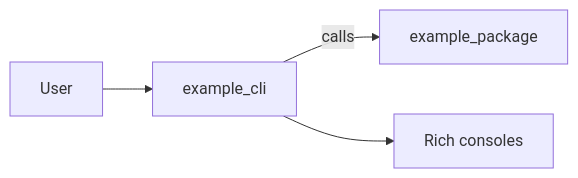
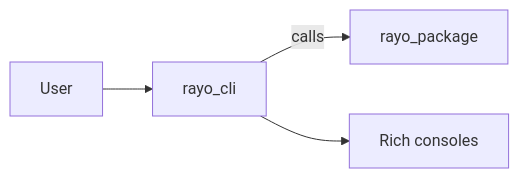
Before and after one commit to coldsofttech/Rayo: the second of 3 diagrams in docs/architecture.md, drawn with Mermaid. The commit also changed other lines of this file and 92 other files, not shown here.

````diff
--- a/docs/architecture.md
+++ b/docs/architecture.md
@@ -49,6 +49,6 @@
 ```mermaid
 flowchart LR
-    U[User] --> C[example_cli]
-    C -->|calls| L[example_package]
+    U[User] --> C[rayo_cli]
+    C -->|calls| L[rayo_package]
     C --> O[Rich consoles]
 ```
````
